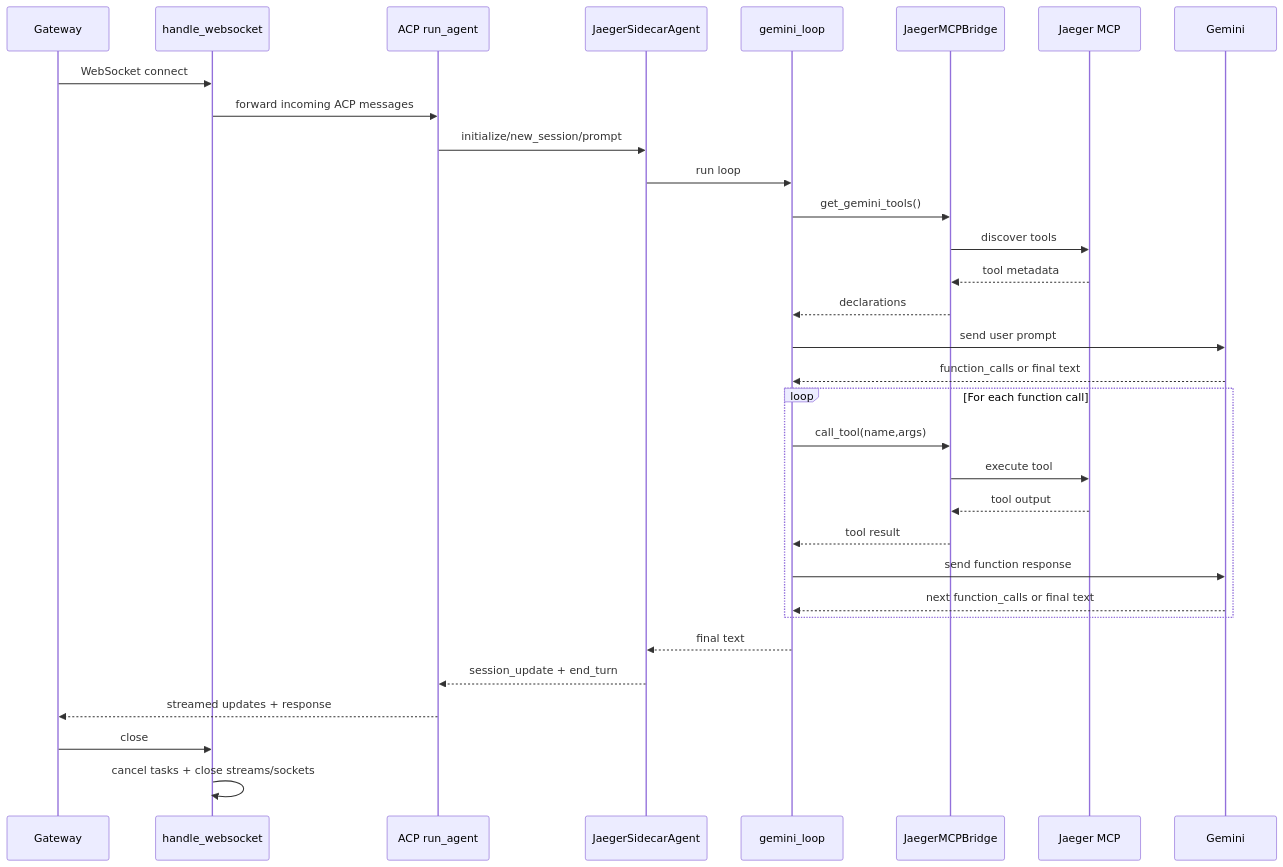
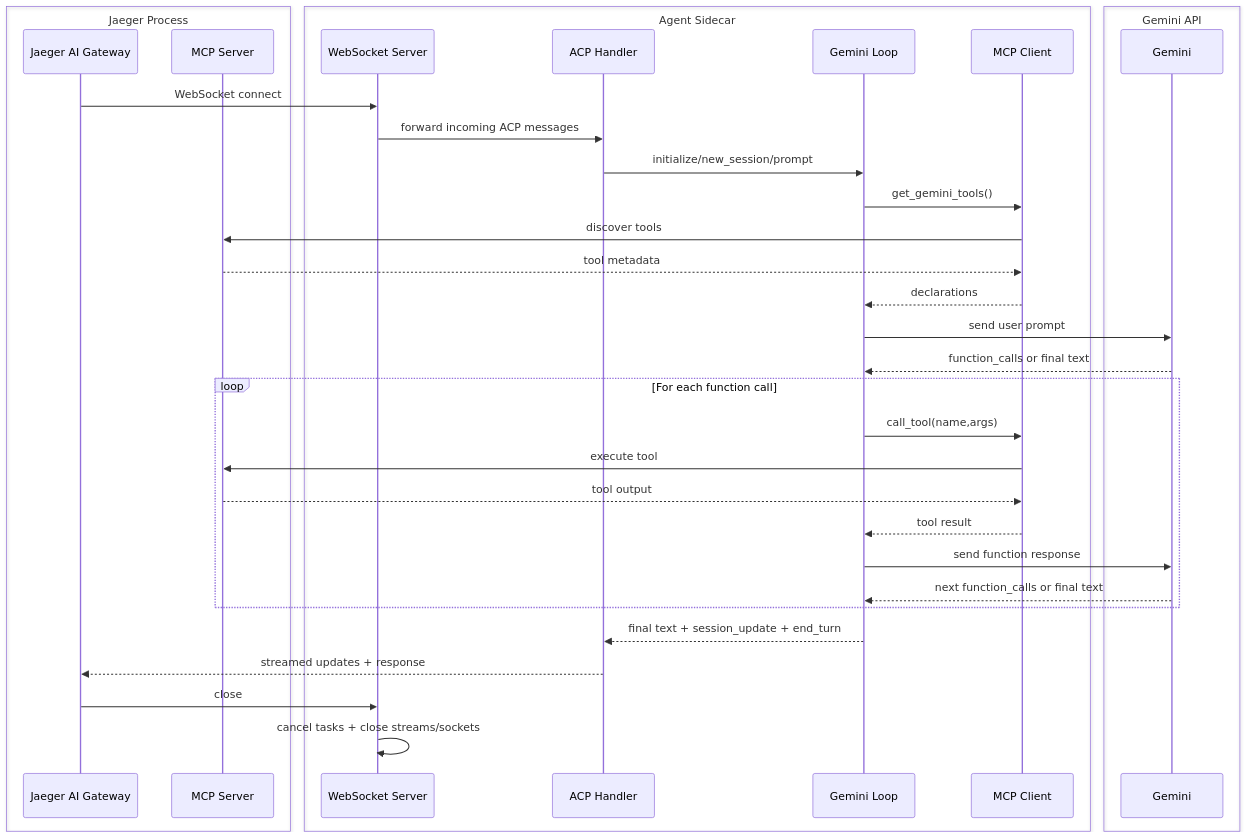
The second of 2 diagrams in scripts/ai-sidecar/gemini/README.md (jaegertracing/jaeger), drawn with Mermaid before and after one commit. The commit also changed other lines of this file, not shown here.

Commit message:
add architecture diagram

````diff
--- a/scripts/ai-sidecar/gemini/README.md
+++ b/scripts/ai-sidecar/gemini/README.md
@@ -60,40 +87,43 @@
 ```mermaid
 sequenceDiagram
-    participant GW as Gateway
-    participant HW as handle_websocket
-    participant ACP as ACP run_agent
-    participant AG as JaegerSidecarAgent
-    participant GL as gemini_loop
-    participant MCP as JaegerMCPBridge
-    participant JMCP as Jaeger MCP
-    participant GEM as Gemini
+    box Jaeger Process
+        participant GW as Jaeger AI Gateway
+        participant JMCP as MCP Server
+    end
+    box Agent Sidecar
+        participant HW as WebSocket Server
+        participant ACP as ACP Handler
+        participant GL as Gemini Loop
+        participant MCP as MCP Client
+    end
+    box Gemini API
+        participant GEM as Gemini
+    end
 
     GW->>HW: WebSocket connect
     HW->>ACP: forward incoming ACP messages
-    ACP->>AG: initialize/new_session/prompt
-    AG->>GL: run loop
+    ACP->>GL: initialize/new_session/prompt
 
     GL->>MCP: get_gemini_tools()
     MCP->>JMCP: discover tools
     JMCP-->>MCP: tool metadata
     MCP-->>GL: declarations
 
     GL->>GEM: send user prompt
     GEM-->>GL: function_calls or final text
 
     loop For each function call
         GL->>MCP: call_tool(name,args)
         MCP->>JMCP: execute tool
         JMCP-->>MCP: tool output
         MCP-->>GL: tool result
         GL->>GEM: send function response
         GEM-->>GL: next function_calls or final text
     end
 
-    GL-->>AG: final text
-    AG-->>ACP: session_update + end_turn
+    GL-->>ACP: final text + session_update + end_turn
     ACP-->>GW: streamed updates + response
 
     GW->>HW: close
     HW->>HW: cancel tasks + close streams/sockets
 ```
````
